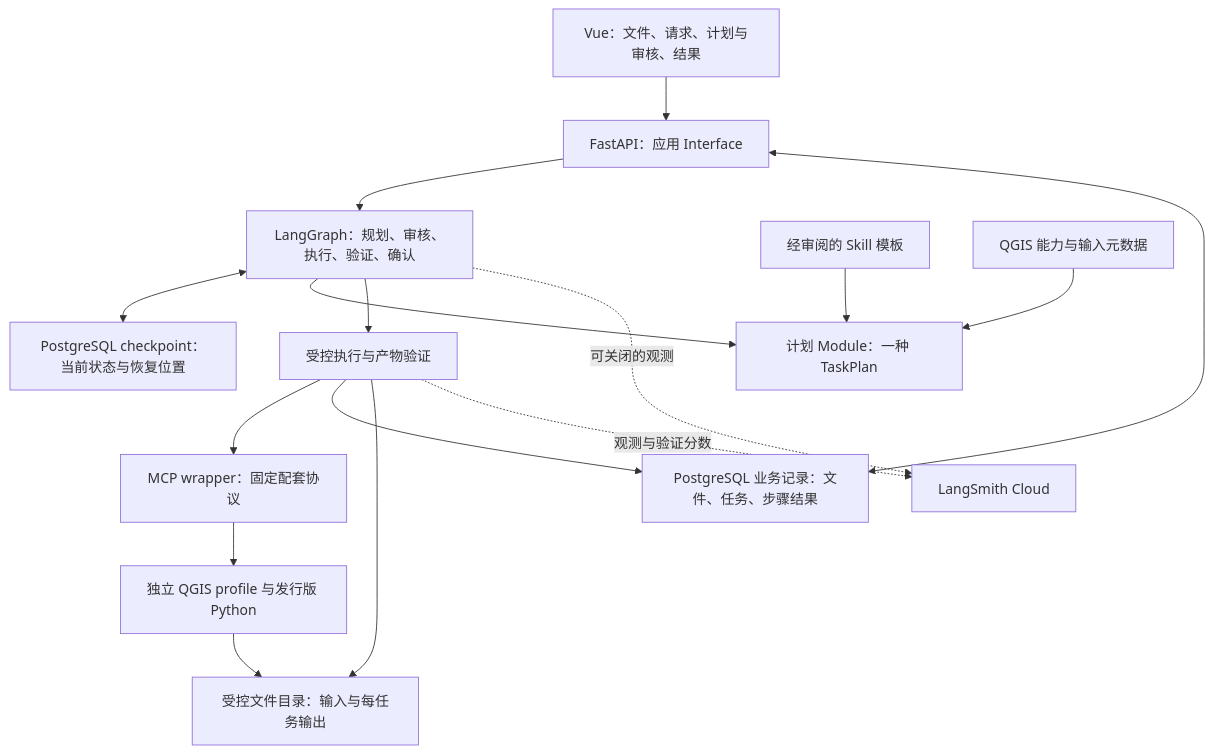
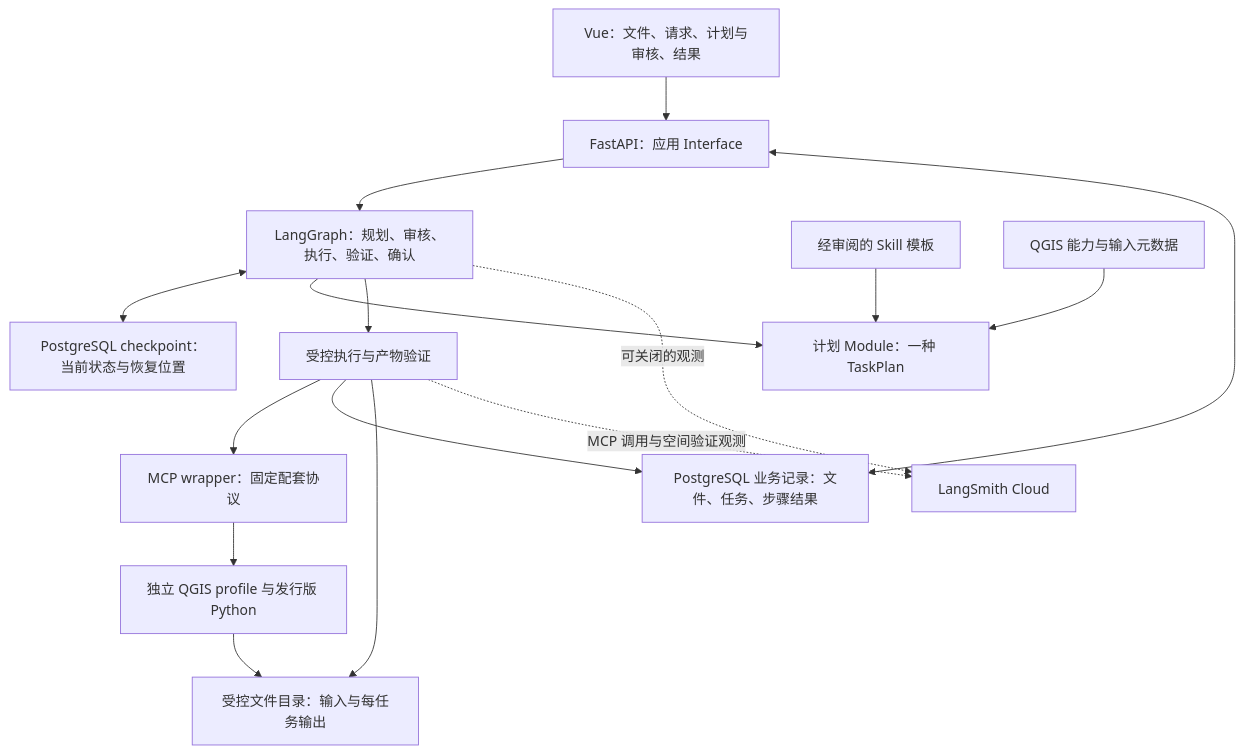
Before and after one commit to init-wei/qgis-workflow-agent: the diagram in docs/architecture/README.md, drawn with Mermaid. The commit also changed other lines of this file and 15 other files, not shown here.

````diff
--- a/docs/architecture/README.md
+++ b/docs/architecture/README.md
@@ -7,18 +7,18 @@
 ```mermaid
 flowchart TD
   U[Vue：文件、请求、计划与审核、结果] --> A[FastAPI：应用 Interface]
   A --> G[LangGraph：规划、审核、执行、验证、确认]
   G <--> CP[PostgreSQL checkpoint：当前状态与恢复位置]
   G --> P[计划 Module：一种 TaskPlan]
   SK[经审阅的 Skill 模板] --> P
   CAP[QGIS 能力与输入元数据] --> P
   G --> E[受控执行与产物验证]
   E --> M[MCP wrapper：固定配套协议]
   M --> Q[独立 QGIS profile 与发行版 Python]
   A <--> B[PostgreSQL 业务记录：文件、任务、步骤结果]
   E --> B
   Q --> F[受控文件目录：输入与每任务输出]
   E --> F
   G -. 可关闭的观测 .-> LS[LangSmith Cloud]
-  E -. 观测与验证分数 .-> LS
+  E -. MCP 调用与空间验证观测 .-> LS
 ```
````
